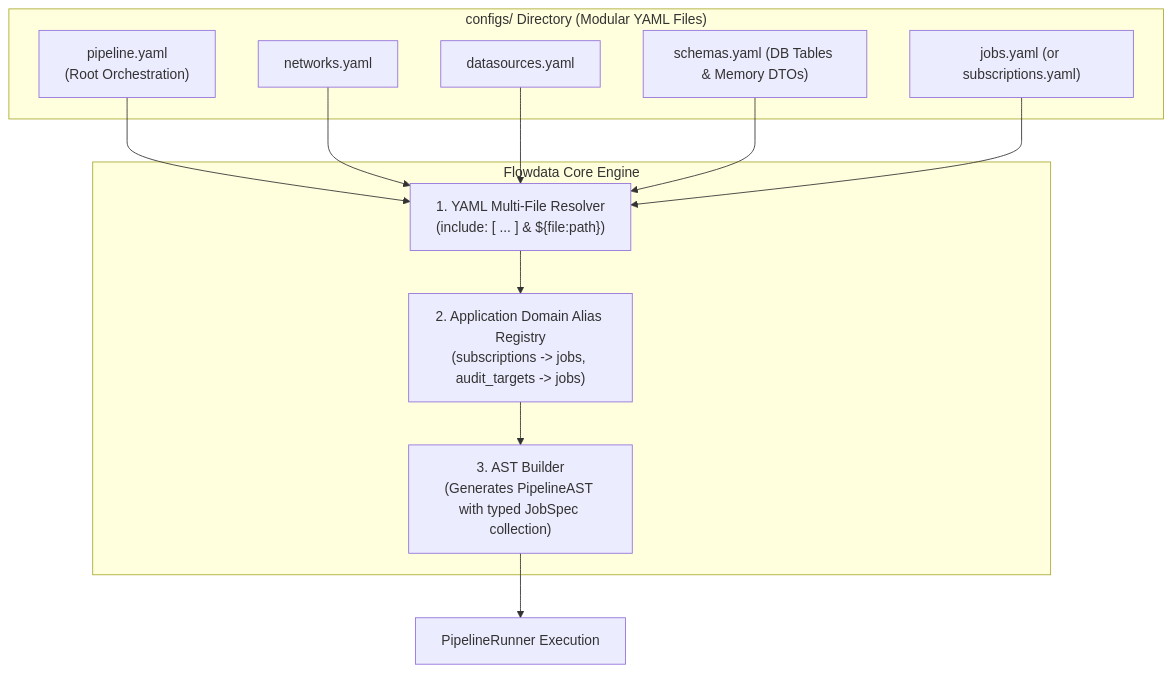
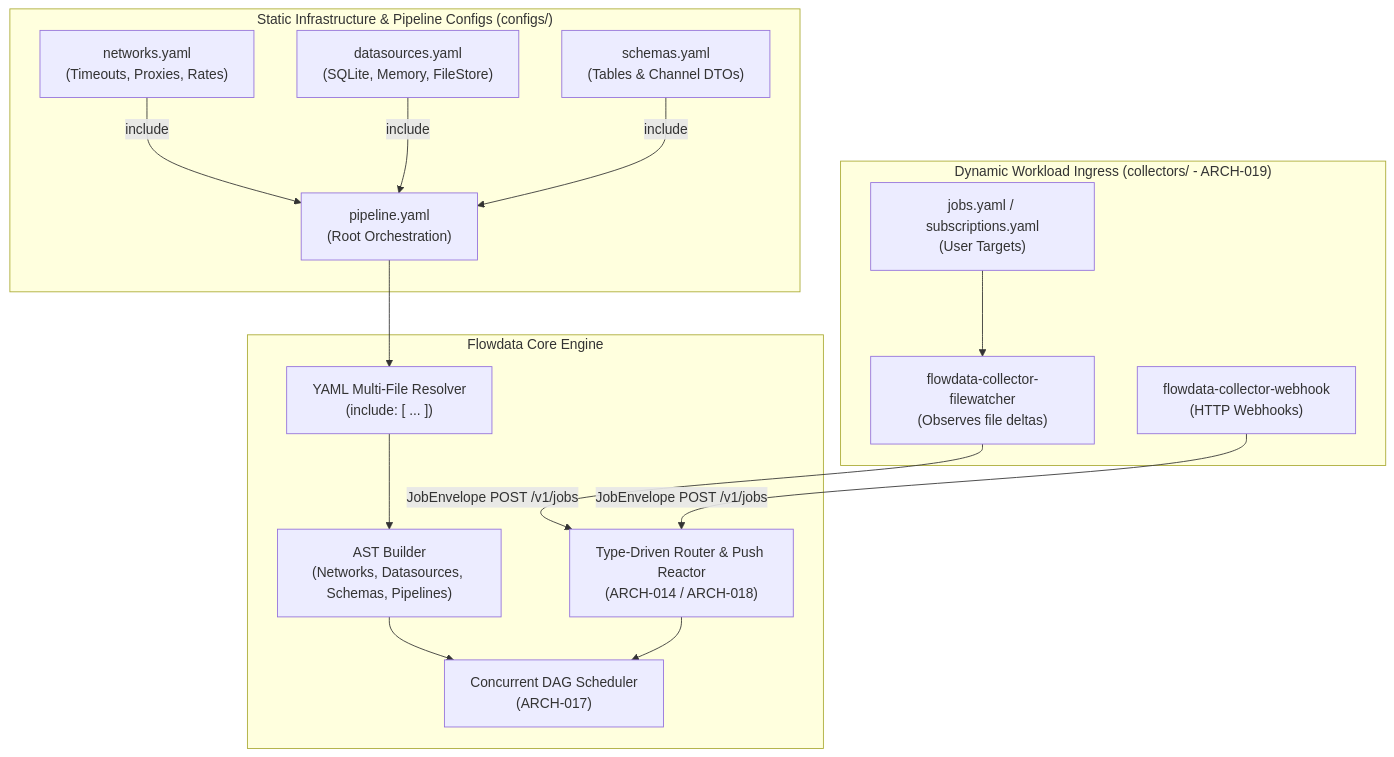
Before and after one commit to g-gar/vidsec: the diagram in docs/development/013-engine-jobs-spec-app-aliases-and-yaml-modularization.md, drawn with Mermaid. The commit also changed other lines of this file and 1 other file, not shown here.

Commit message:
remove jobs.yaml from engine as of task 013

````diff
--- a/docs/development/013-engine-jobs-spec-app-aliases-and-yaml-modularization.md
+++ b/docs/development/013-engine-jobs-spec-app-aliases-and-yaml-modularization.md
@@ -33,26 +40,32 @@
 ```mermaid
 flowchart TD
-    subgraph ConfigDir["configs/ Directory (Modular YAML Files)"]
+    subgraph StaticConfigs["Static Infrastructure & Pipeline Configs (configs/)"]
         Root["pipeline.yaml<br/>(Root Orchestration)"]
-        NetF["networks.yaml"]
-        DSF["datasources.yaml"]
-        SchemaF["schemas.yaml (DB Tables & Memory DTOs)"]
-        JobsF["jobs.yaml (or subscriptions.yaml)"]
+        NetF["networks.yaml<br/>(Timeouts, Proxies, Rates)"]
+        DSF["datasources.yaml<br/>(SQLite, Memory, FileStore)"]
+        SchemaF["schemas.yaml<br/>(Tables & Channel DTOs)"]
+    end
+
+    subgraph DynamicIngress["Dynamic Workload Ingress (collectors/ - ARCH-019)"]
+        JobsFile["jobs.yaml / subscriptions.yaml<br/>(User Targets)"]
+        Watcher["flowdata-collector-filewatcher<br/>(Observes file deltas)"]
+        Webhook["flowdata-collector-webhook<br/>(HTTP Webhooks)"]
     end
 
     subgraph FlowdataEngine["Flowdata Core Engine"]
-        IncludeEng["1. YAML Multi-File Resolver<br/>(include: [ ... ] & ${file:path})"]
-        AliasReg["2. Application Domain Alias Registry<br/>(subscriptions -> jobs, audit_targets -> jobs)"]
-        AstBuilder["3. AST Builder<br/>(Generates PipelineAST with typed JobSpec collection)"]
+        IncludeEng["YAML Multi-File Resolver<br/>(include: [ ... ])"]
+        AstBuilder["AST Builder<br/>(Networks, Datasources, Schemas, Pipelines)"]
+        Router["Type-Driven Router & Push Reactor<br/>(ARCH-014 / ARCH-018)"]
+        DAG["Concurrent DAG Scheduler<br/>(ARCH-017)"]
     end
 
-    Root --> IncludeEng
-    NetF --> IncludeEng
-    DSF --> IncludeEng
-    SchemaF --> IncludeEng
-    JobsF --> IncludeEng
+    NetF -->|include| Root
+    DSF -->|include| Root
+    SchemaF -->|include| Root
+    Root --> IncludeEng --> AstBuilder --> DAG
 
-    IncludeEng --> AliasReg
-    AliasReg --> AstBuilder
-    AstBuilder --> Exec["PipelineRunner Execution"]
+    JobsFile --> Watcher
+    Watcher -->|JobEnvelope POST /v1/jobs| Router
+    Webhook -->|JobEnvelope POST /v1/jobs| Router
+    Router --> DAG
 ```
````
